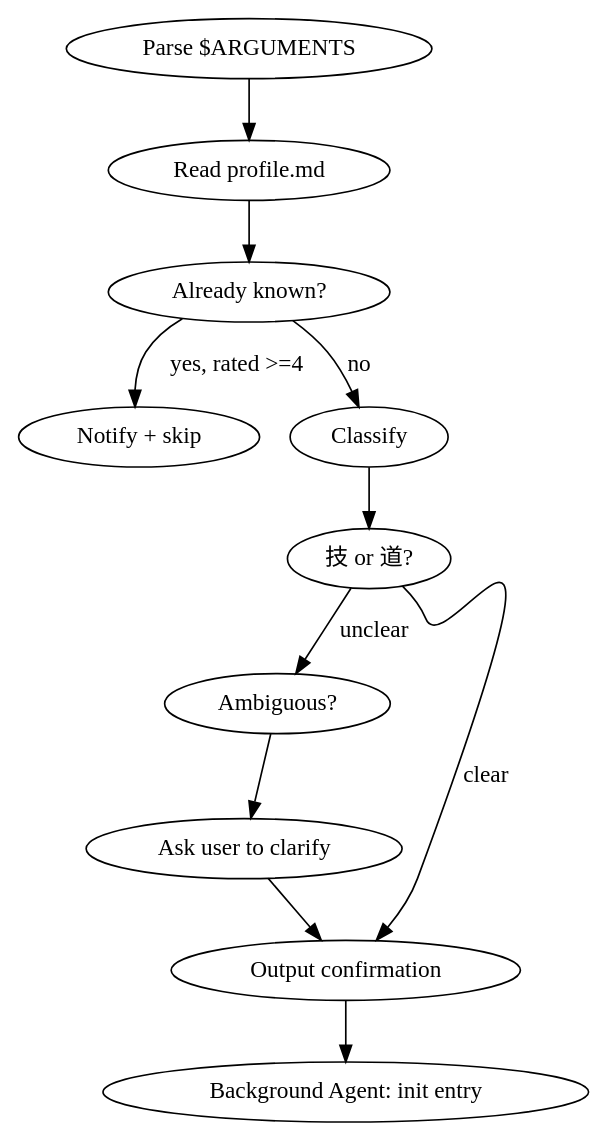
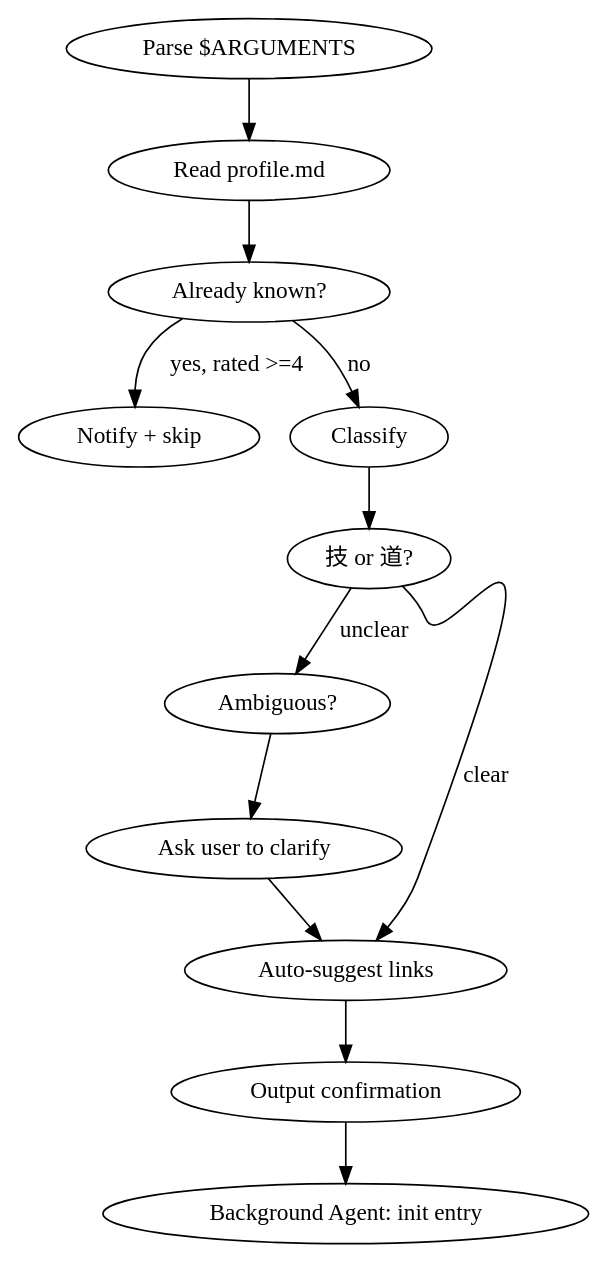
One commit to ut0p1an/knowledge_tracker changed the diagram in skills/learn/SKILL.md. Above: the diagram before and after it, drawn with Graphviz. The commit also changed other lines of this file and 15 other files, not shown here.

````diff
--- a/skills/learn/SKILL.md
+++ b/skills/learn/SKILL.md
@@ -15,14 +15,15 @@
 ```dot
 digraph learn {
     "Parse $ARGUMENTS" -> "Read profile.md";
     "Read profile.md" -> "Already known?" ;
     "Already known?" -> "Notify + skip" [label="yes, rated >=4"];
     "Already known?" -> "Classify" [label="no"];
     "Classify" -> "技 or 道?";
     "技 or 道?" -> "Ambiguous?" [label="unclear"];
     "Ambiguous?" -> "Ask user to clarify";
-    "Ask user to clarify" -> "Output confirmation";
-    "技 or 道?" -> "Output confirmation" [label="clear"];
+    "Ask user to clarify" -> "Auto-suggest links";
+    "技 or 道?" -> "Auto-suggest links" [label="clear"];
+    "Auto-suggest links" -> "Output confirmation";
     "Output confirmation" -> "Background Agent: init entry";
 }
 ```
````
